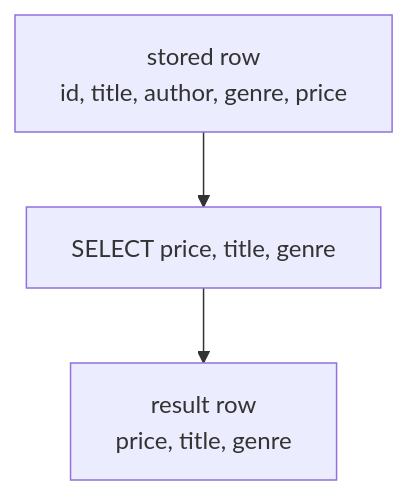
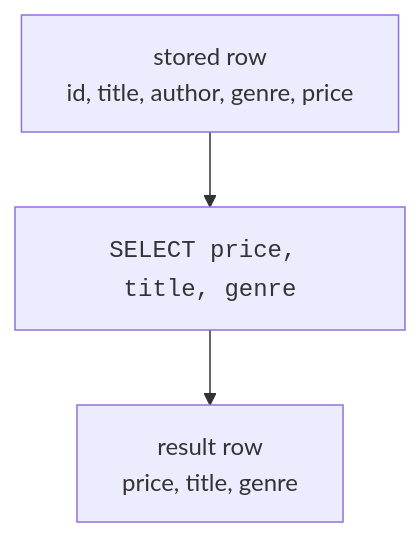
The second of 2 diagrams in content/learn/sqlite-for-beginners/select-basics.mdx (dataslope/dataslope), drawn with Mermaid before and after one commit. The commit also changed other lines of this file and 56 other files, not shown here.

````diff
--- a/content/learn/sqlite-for-beginners/select-basics.mdx
+++ b/content/learn/sqlite-for-beginners/select-basics.mdx
@@ -123,5 +123,5 @@
 ```mermaid
 flowchart TB
-    A["stored row<br/>id, title, author, genre, price"] --> B["SELECT price, title, genre"]
+    A["stored row<br/>id, title, author, genre, price"] --> B["<code>SELECT price, title, genre</code>"]
     B --> C["result row<br/>price, title, genre"]
 ```
````
